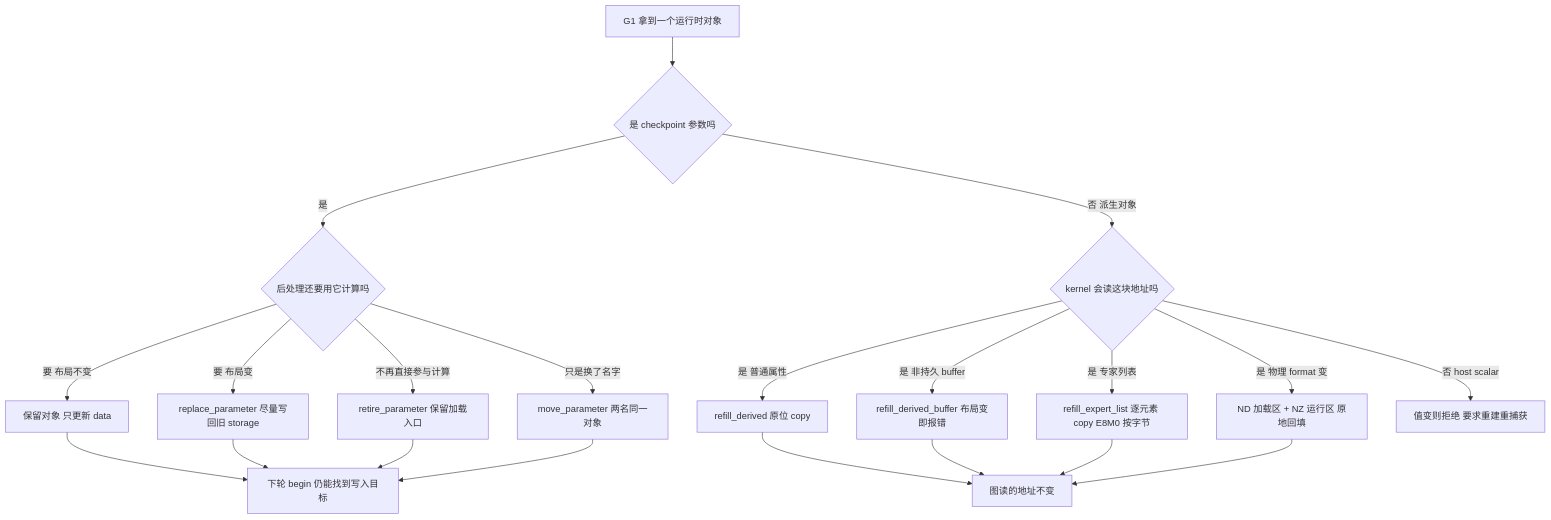
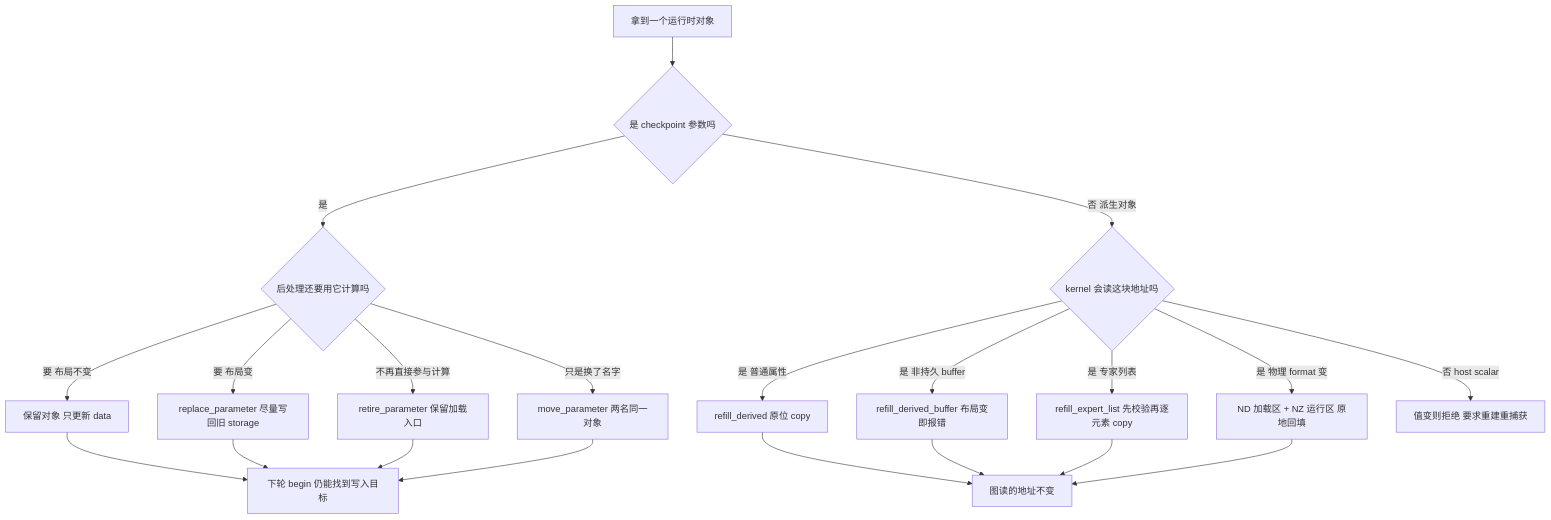
One commit to wuruiyun/blue-zone-wiki changed the tenth of 15 diagrams in vllm-rfc54477-direct-reload-ascend.md. Above: the diagram before and after it, drawn with Mermaid. The commit also changed other lines of this file, not shown here.

````diff
--- a/vllm-rfc54477-direct-reload-ascend.md
+++ b/vllm-rfc54477-direct-reload-ascend.md
@@ -410,23 +513,23 @@
 ```mermaid
 flowchart TD
-  A["G1 拿到一个运行时对象"] --> B{"是 checkpoint 参数吗"}
+  A["拿到一个运行时对象"] --> B{"是 checkpoint 参数吗"}
   B -->|"是"| C{"后处理还要用它计算吗"}
   C -->|"要 布局不变"| C1["保留对象 只更新 data"]
   C -->|"要 布局变"| C2["replace_parameter 尽量写回旧 storage"]
   C -->|"不再直接参与计算"| C3["retire_parameter 保留加载入口"]
   C -->|"只是换了名字"| C4["move_parameter 两名同一对象"]
   B -->|"否 派生对象"| D{"kernel 会读这块地址吗"}
   D -->|"是 普通属性"| D1["refill_derived 原位 copy"]
   D -->|"是 非持久 buffer"| D2["refill_derived_buffer 布局变即报错"]
-  D -->|"是 专家列表"| D3["refill_expert_list 逐元素 copy E8M0 按字节"]
+  D -->|"是 专家列表"| D3["refill_expert_list 先校验再逐元素 copy"]
   D -->|"是 物理 format 变"| D4["ND 加载区 + NZ 运行区 原地回填"]
   D -->|"否 host scalar"| D5["值变则拒绝 要求重建重捕获"]
   C1 --> E["下轮 begin 仍能找到写入目标"]
   C2 --> E
   C3 --> E
   C4 --> E
   D1 --> F["图读的地址不变"]
   D2 --> F
   D3 --> F
   D4 --> F
 ```
````
